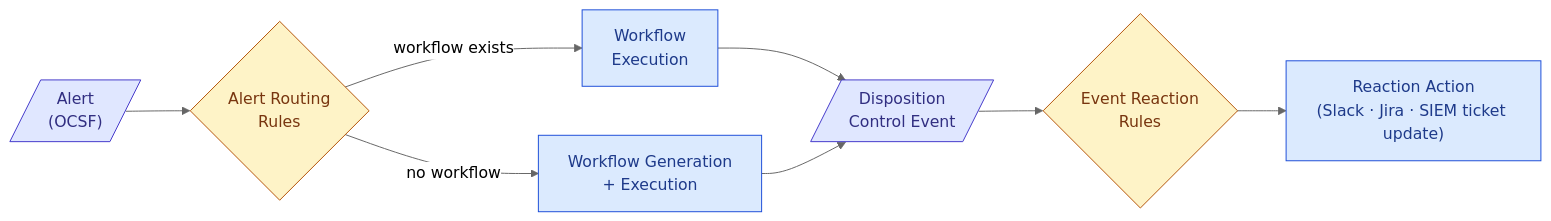
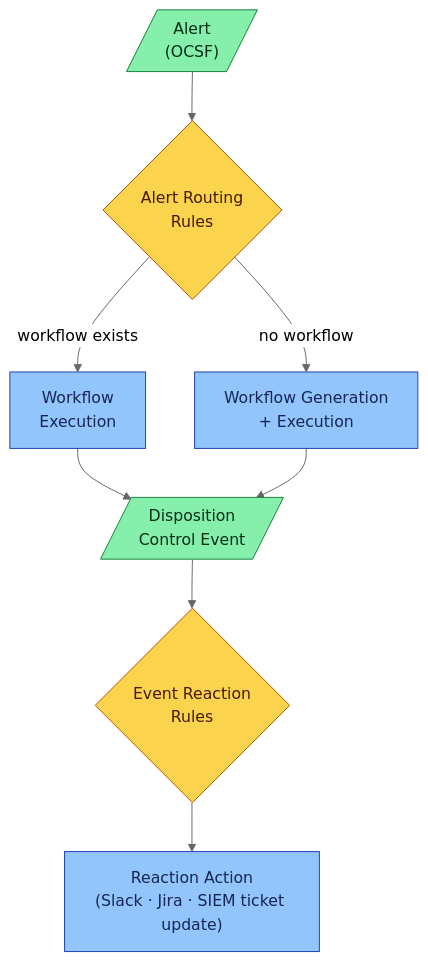
One commit to open-analysi/analysi-app changed the second of 3 diagrams in README.md. Above: the diagram before and after it, drawn with Mermaid (neutral theme). The commit also changed other lines of this file, not shown here.

First line of the commit message:
README: refine diagrams and section structure

````diff
--- a/README.md
+++ b/README.md
@@ -64,21 +64,21 @@
 ```mermaid
-flowchart LR
-    classDef data fill:#e0e7ff,stroke:#4338ca,color:#312e81
-    classDef logic fill:#fef3c7,stroke:#b45309,color:#78350f
-    classDef func fill:#dbeafe,stroke:#1d4ed8,color:#1e3a8a
+flowchart TB
+    classDef data fill:#86efac,stroke:#15803d,color:#052e16
+    classDef logic fill:#fcd34d,stroke:#b45309,color:#451a03
+    classDef func fill:#93c5fd,stroke:#1e40af,color:#172554
 
     Alert[/"Alert<br/>(OCSF)"/]:::data
     Routing{"Alert Routing<br/>Rules"}:::logic
     Run["Workflow<br/>Execution"]:::func
     GenRun["Workflow Generation<br/>+ Execution"]:::func
     Disp[/"Disposition<br/>Control Event"/]:::data
     Reaction{"Event Reaction<br/>Rules"}:::logic
     Action["Reaction Action<br/>(Slack · Jira · SIEM ticket update)"]:::func
 
     Alert --> Routing
     Routing -- workflow exists --> Run
     Routing -- no workflow --> GenRun
     Run --> Disp
     GenRun --> Disp
     Disp --> Reaction --> Action
 ```
````
